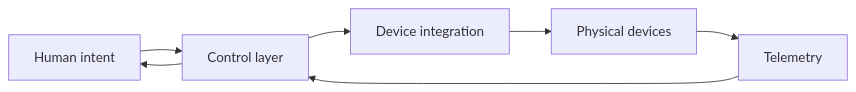
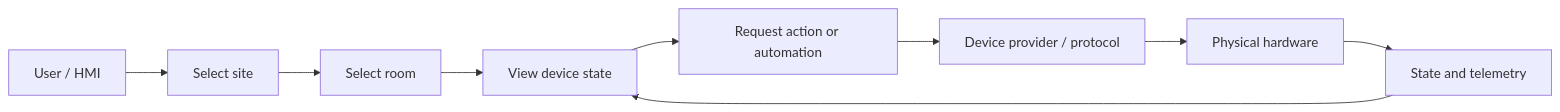
Before and after one commit to farismnrr/portofolio: the first of 3 diagrams in frontend/content/projects/sensio-iot.md, drawn with Mermaid. The commit also changed other lines of this file, not shown here.

````diff
--- a/frontend/content/projects/sensio-iot.md
+++ b/frontend/content/projects/sensio-iot.md
@@ -140,9 +32,11 @@
 ```mermaid
 flowchart LR
-    H[Human intent] --> C[Control layer]
-    C --> I[Device integration]
-    I --> P[Physical devices]
-    P --> T[Telemetry]
-    T --> C
-    C --> H
+    U[User / HMI] --> S[Select site]
+    S --> R[Select room]
+    R --> D[View device state]
+    D --> A[Request action or automation]
+    A --> P[Device provider / protocol]
+    P --> H[Physical hardware]
+    H --> T[State and telemetry]
+    T --> D
 ```
````
